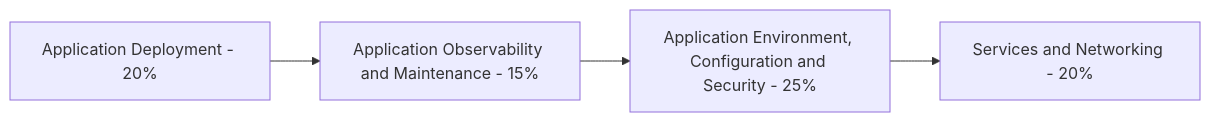
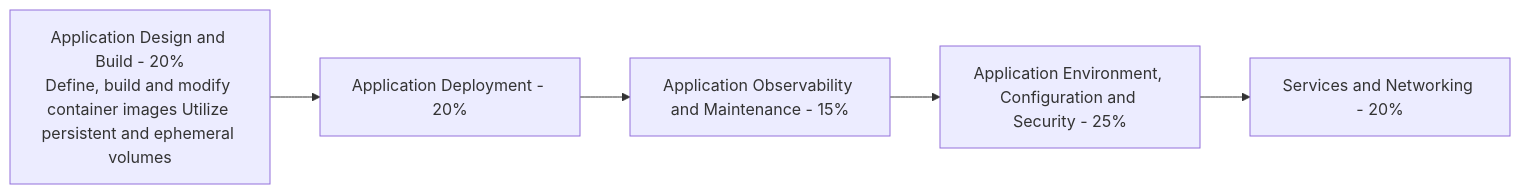
One commit to edithturn/CKAD-training changed the diagram in README.md. Above: the diagram before and after it, drawn with Mermaid.

Commit message:
CKAD 2021 domain

````diff
--- a/README.md
+++ b/README.md
@@ -13,7 +13,9 @@
 ```mermaid
 flowchart LR
+A[Application Design and Build - 20%<br />Define, build and modify container images Utilize persistent and ephemeral volumes] --> B
+
 B[Application Deployment - 20%] --> C
 C[Application Observability and Maintenance - 15%] --> D
 D[Application Environment, Configuration and Security - 25%]  --> E
 E[Services and Networking - 20%]
 ```
````
